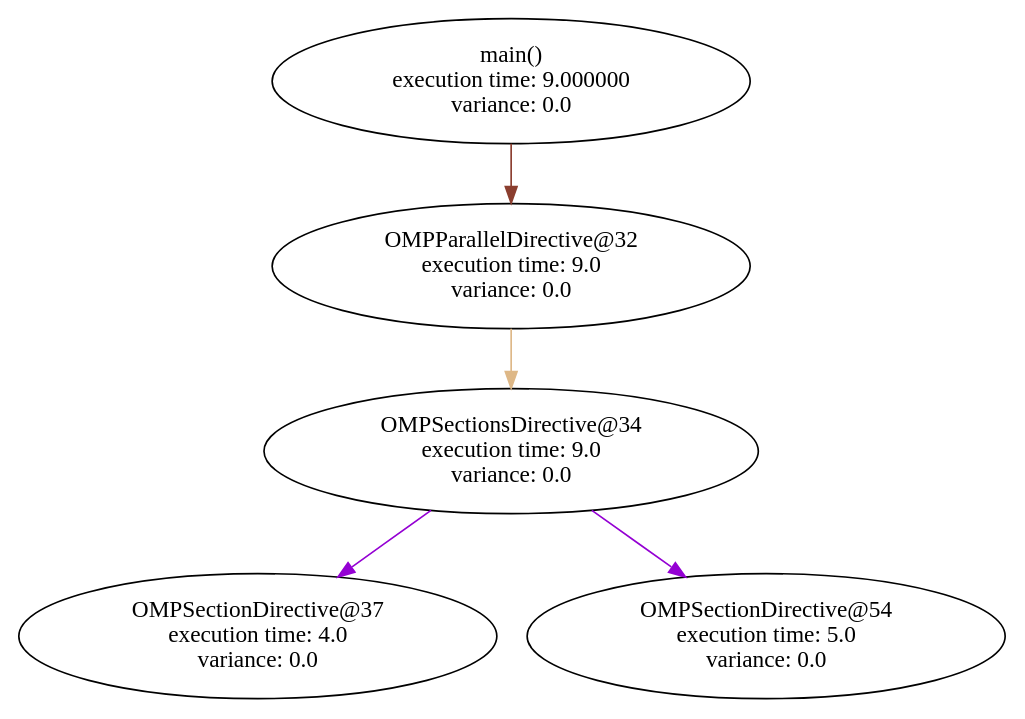
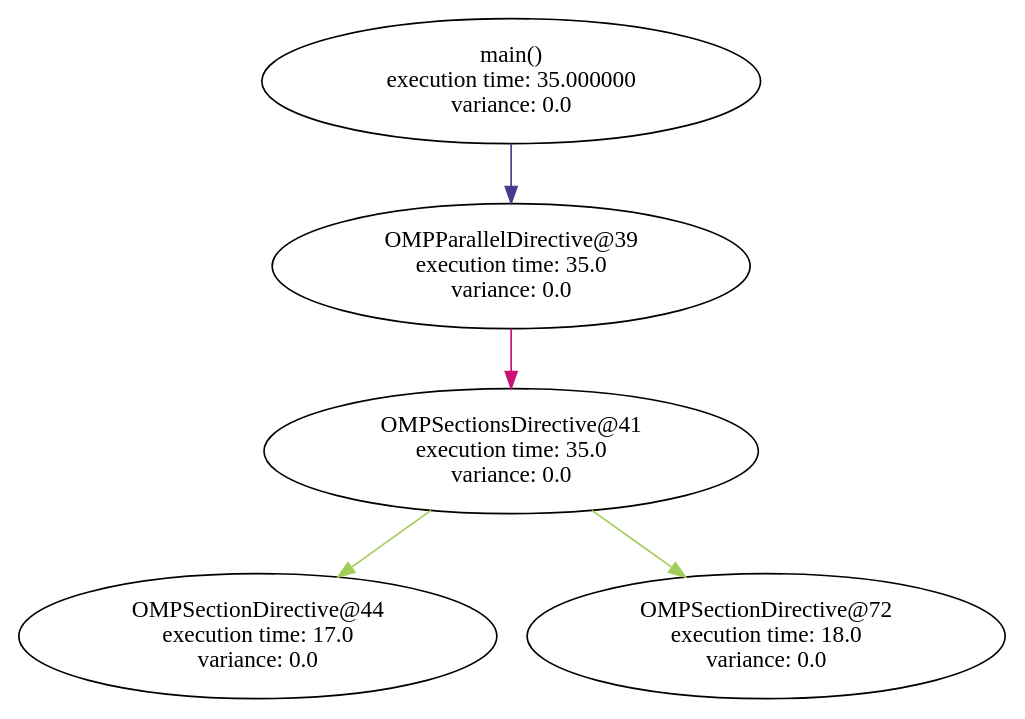
One commit to filippobrizzi/soma changed the diagram in graph_sched/graphs/main_code.dot. Above: the diagram before and after it, drawn with Graphviz. The commit also changed 20 other files, not shown here.

Commit message:
fixed buggy flow explosion and schedule.xml

```diff
--- a/graph_sched/graphs/main_code.dot
+++ b/graph_sched/graphs/main_code.dot
@@ -1,32 +1,32 @@
 digraph G {
 	graph [bb="0,0,500,412"];
 	node [label="\N"];
 	main	 [height=1.041,
-		label="main()\n execution time: 9.000000\nvariance: 0.0",
+		label="main()\n execution time: 35.000000\nvariance: 0.0",
 		pos="250,374",
-		width=3.2888];
-	"OMPParallelDirective@32"	 [height=1.041,
-		label="OMPParallelDirective@32\n execution time: 9.0\nvariance: 0.0",
+		width=3.4507];
+	"OMPParallelDirective@39"	 [height=1.041,
+		label="OMPParallelDirective@39\n execution time: 35.0\nvariance: 0.0",
 		pos="250,262",
 		width=3.346];
-	main -> "OMPParallelDirective@32"	 [color=coral4,
+	main -> "OMPParallelDirective@39"	 [color=darkslateblue,
 		pos="e,250,299.84 250,336.37 250,327.93 250,318.83 250,310.01"];
-	"OMPSectionsDirective@34"	 [height=1.041,
-		label="OMPSectionsDirective@34\n execution time: 9.0\nvariance: 0.0",
+	"OMPSectionsDirective@41"	 [height=1.041,
+		label="OMPSectionsDirective@41\n execution time: 35.0\nvariance: 0.0",
 		pos="250,150",
 		width=3.4507];
-	"OMPParallelDirective@32" -> "OMPSectionsDirective@34"	 [color=burlywood,
+	"OMPParallelDirective@39" -> "OMPSectionsDirective@41"	 [color=deeppink3,
 		pos="e,250,187.84 250,224.37 250,215.93 250,206.83 250,198.01"];
-	"OMPSectionDirective@37"	 [height=1.041,
-		label="OMPSectionDirective@37\n execution time: 4.0\nvariance: 0.0",
+	"OMPSectionDirective@44"	 [height=1.041,
+		label="OMPSectionDirective@44\n execution time: 17.0\nvariance: 0.0",
 		pos="120,38",
 		width=3.346];
-	"OMPSectionsDirective@34" -> "OMPSectionDirective@37"	 [color=darkviolet,
+	"OMPSectionsDirective@41" -> "OMPSectionDirective@44"	 [color=darkolivegreen3,
 		pos="e,160.63,73.38 209.22,114.5 196.28,103.54 181.83,91.32 168.4,79.956"];
-	"OMPSectionDirective@54"	 [height=1.041,
-		label="OMPSectionDirective@54\n execution time: 5.0\nvariance: 0.0",
+	"OMPSectionDirective@72"	 [height=1.041,
+		label="OMPSectionDirective@72\n execution time: 18.0\nvariance: 0.0",
 		pos="380,38",
 		width=3.346];
-	"OMPSectionsDirective@34" -> "OMPSectionDirective@54"	 [color=darkviolet,
+	"OMPSectionsDirective@41" -> "OMPSectionDirective@72"	 [color=darkolivegreen3,
 		pos="e,339.37,73.38 290.78,114.5 303.72,103.54 318.17,91.32 331.6,79.956"];
 }
```
